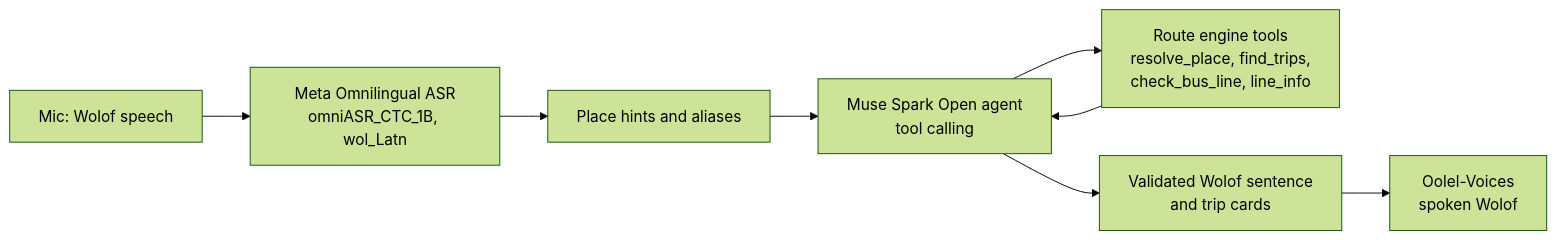
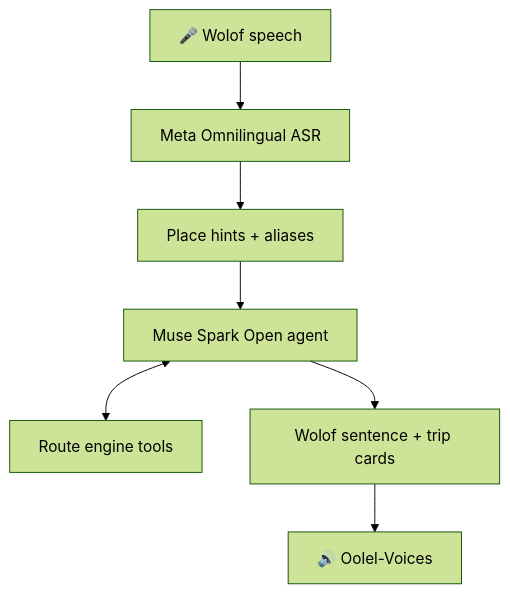
The diagram in README.md (chniang/koumba), drawn with Mermaid (forest theme) before and after one commit. The commit also changed other lines of this file, not shown here.

Commit message:
README: readable diagram, aligned preview

````diff
--- a/README.md
+++ b/README.md
@@ -87,10 +87,6 @@
 ```mermaid
-flowchart LR
-  A[Mic: Wolof speech] --> B[Meta Omnilingual ASR<br/>omniASR_CTC_1B, wol_Latn]
-  B --> C[Place hints and aliases]
-  C --> D[Muse Spark Open agent<br/>tool calling]
-  D --> E[Route engine tools<br/>resolve_place, find_trips,<br/>check_bus_line, line_info]
-  E --> D
-  D --> F[Validated Wolof sentence<br/>and trip cards]
-  F --> G[Oolel-Voices<br/>spoken Wolof]
+flowchart TD
+  A[🎤 Wolof speech] --> B[Meta Omnilingual ASR] --> C[Place hints + aliases] --> D[Muse Spark Open agent]
+  D <--> E[Route engine tools]
+  D --> F[Wolof sentence + trip cards] --> G[🔊 Oolel-Voices]
 ```
````
